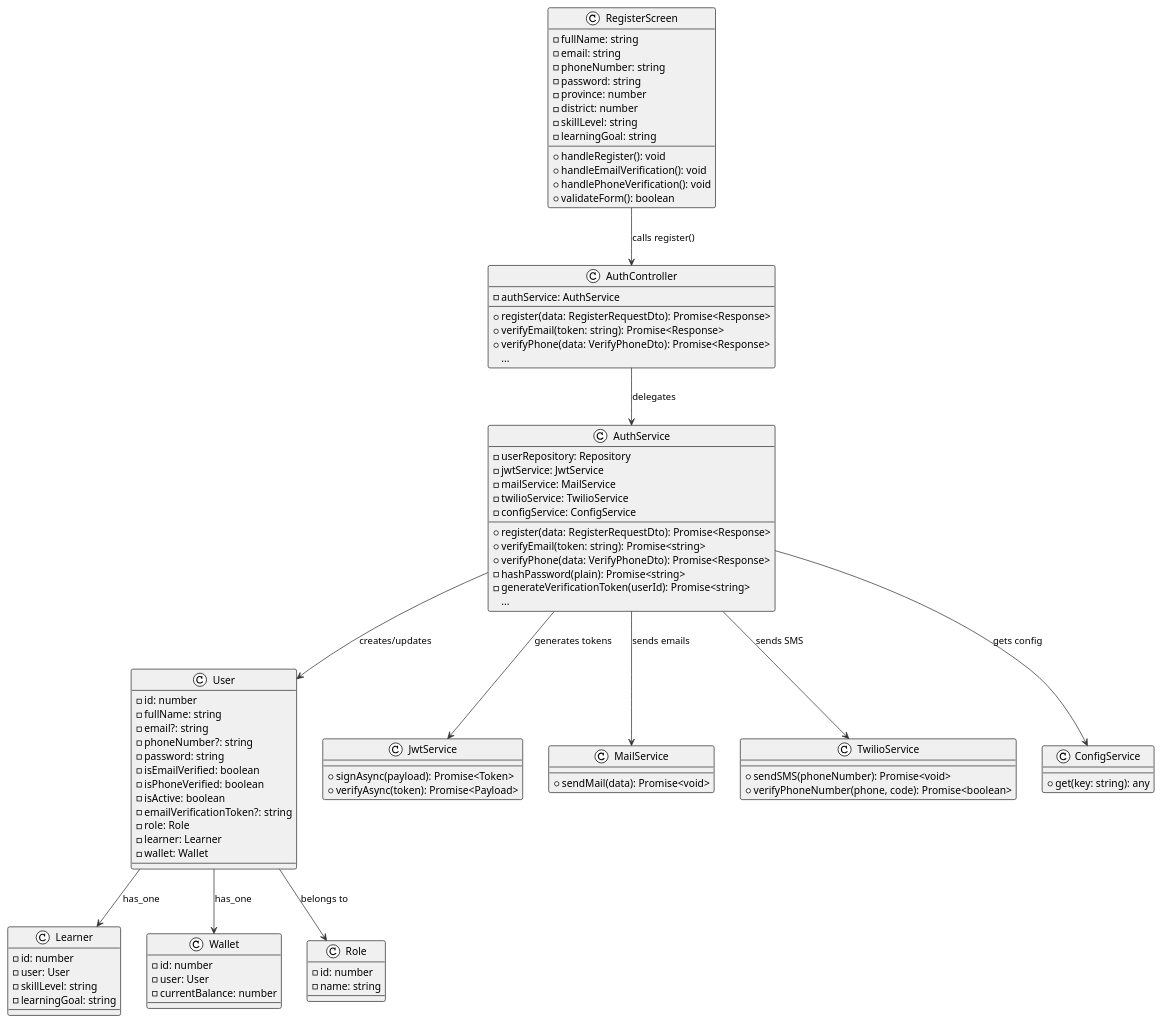
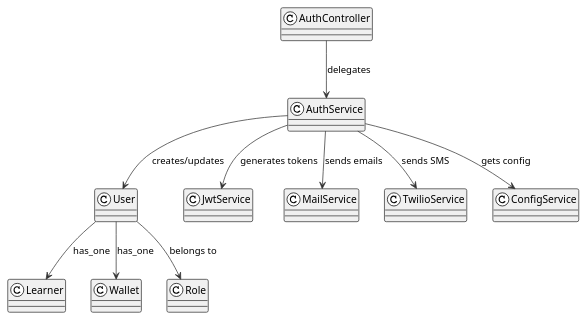
One commit to gs4lthung/capstone-project-be changed the diagram in diagrams/details/register/class.puml. Above: the diagram before and after it, drawn with PlantUML. The commit also changed 107 other files, not shown here.

First line of the commit message:
Add sequence diagrams for course, lesson, subject, and achievement management

```diff
--- a/diagrams/details/register/class.puml
+++ b/diagrams/details/register/class.puml
@@ -1,140 +1,79 @@
 @startuml RegisterClassDiagram
 !theme plain
 skinparam classBackgroundColor #f0f0f0
 skinparam classBorderColor #333
 skinparam arrowColor #333
 
 ' ════════════════════════════════════════════════════════════════════════════════════
-' PRESENTATION LAYER
-' ════════════════════════════════════════════════════════════════════════════════════
-
-class RegisterScreen {
-  -fullName: string
-  -email: string
-  -phoneNumber: string
-  -password: string
-  -province: number
-  -district: number
-  -skillLevel: string
-  -learningGoal: string
-  --
-  +handleRegister(): void
-  +handleEmailVerification(): void
-  +handlePhoneVerification(): void
-  +validateForm(): boolean
-}
-
-' ════════════════════════════════════════════════════════════════════════════════════
 ' CONTROLLER LAYER
 ' ════════════════════════════════════════════════════════════════════════════════════
 
 class AuthController {
-  -authService: AuthService
-  --
-  +register(data: RegisterRequestDto): Promise<Response>
-  +verifyEmail(token: string): Promise<Response>
-  +verifyPhone(data: VerifyPhoneDto): Promise<Response>
-  ...
+
 }
 
 ' ════════════════════════════════════════════════════════════════════════════════════
 ' SERVICE LAYER
 ' ════════════════════════════════════════════════════════════════════════════════════
 
 class AuthService {
-  -userRepository: Repository
-  -jwtService: JwtService
-  -mailService: MailService
-  -twilioService: TwilioService
-  -configService: ConfigService
-  --
-  +register(data: RegisterRequestDto): Promise<Response>
-  +verifyEmail(token: string): Promise<string>
-  +verifyPhone(data: VerifyPhoneDto): Promise<Response>
-  -hashPassword(plain): Promise<string>
-  -generateVerificationToken(userId): Promise<string>
-  ...
+
 }
 
 ' ════════════════════════════════════════════════════════════════════════════════════
 ' ENTITY LAYER
 ' ════════════════════════════════════════════════════════════════════════════════════
 
 class User {
-  -id: number
-  -fullName: string
-  -email?: string
-  -phoneNumber?: string
-  -password: string
-  -isEmailVerified: boolean
-  -isPhoneVerified: boolean
-  -isActive: boolean
-  -emailVerificationToken?: string
-  -role: Role
-  -learner: Learner
-  -wallet: Wallet
+
 }
 
 class Learner {
-  -id: number
-  -user: User
-  -skillLevel: string
-  -learningGoal: string
+
 }
 
 class Wallet {
-  -id: number
-  -user: User
-  -currentBalance: number
+
 }
 
 class Role {
-  -id: number
-  -name: string
+
 }
 
 ' ════════════════════════════════════════════════════════════════════════════════════
 ' UTILITY LAYER
 ' ════════════════════════════════════════════════════════════════════════════════════
 
 class JwtService {
-  --
-  +signAsync(payload): Promise<Token>
-  +verifyAsync(token): Promise<Payload>
+
 }
 
 class MailService {
-  --
-  +sendMail(data): Promise<void>
+
 }
 
 class TwilioService {
-  --
-  +sendSMS(phoneNumber): Promise<void>
-  +verifyPhoneNumber(phone, code): Promise<boolean>
+
 }
 
 class ConfigService {
-  --
-  +get(key: string): any
+
 }
 
 ' ════════════════════════════════════════════════════════════════════════════════════
 ' RELATIONSHIPS
 ' ════════════════════════════════════════════════════════════════════════════════════
-
-RegisterScreen --> AuthController: calls register()
 
 AuthController --> AuthService: delegates
 
 AuthService --> User: creates/updates
 AuthService --> JwtService: generates tokens
 AuthService --> MailService: sends emails
 AuthService --> TwilioService: sends SMS
 AuthService --> ConfigService: gets config
 
 User --> Role: belongs to
 User --> Learner: has_one
 User --> Wallet: has_one
 
 @enduml
```
